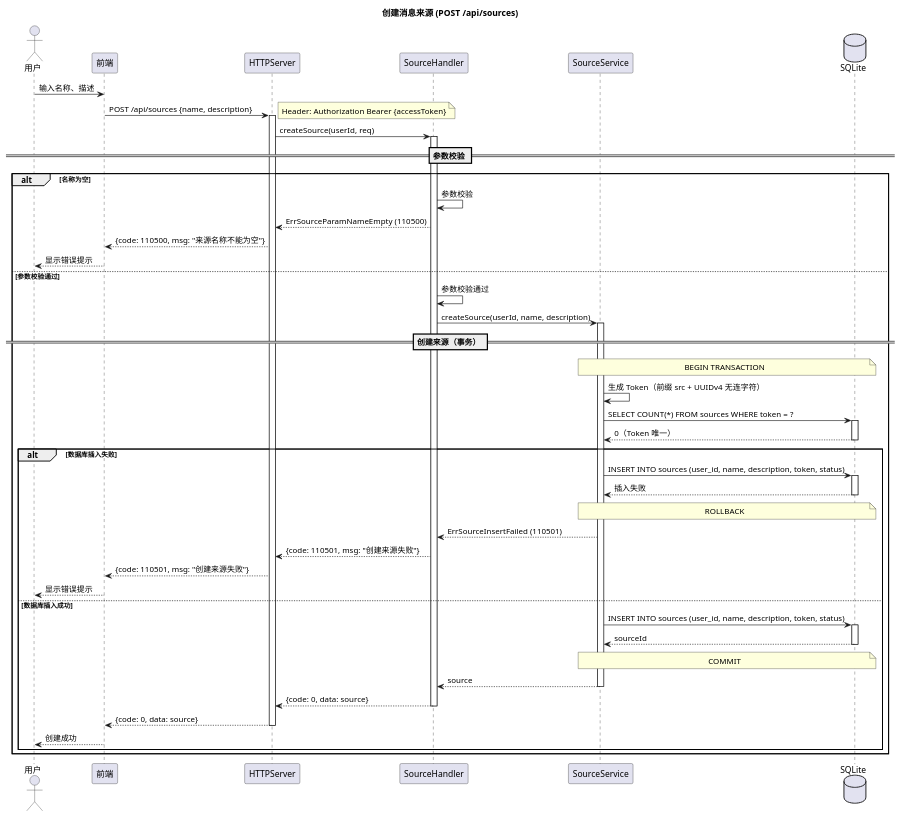
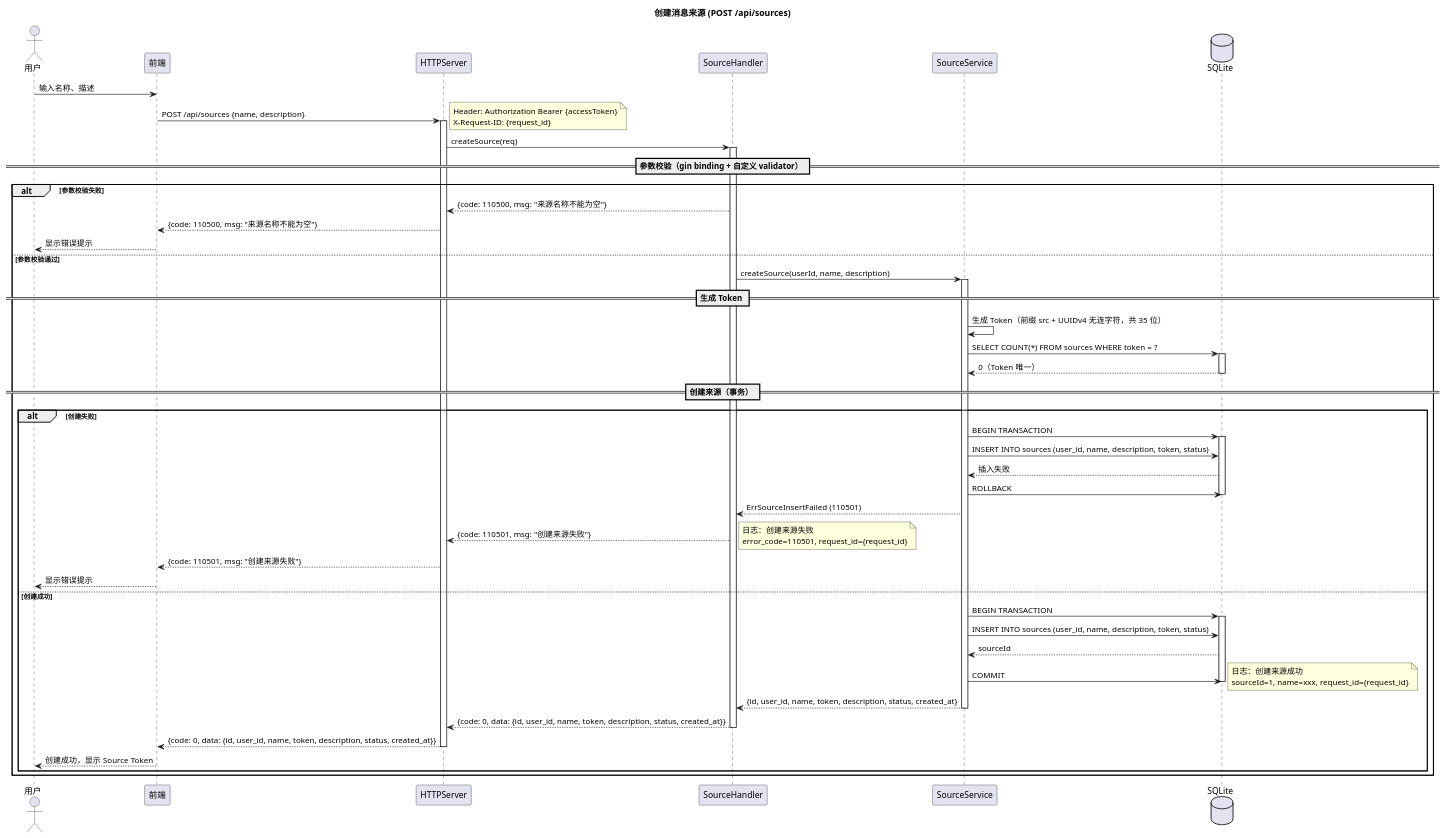
One commit to loommii/OctoTify changed the diagram in docs/uml/02-sequence/02-01-create-source.puml. Above: the diagram before and after it, drawn with PlantUML. The commit also changed 5 other files, not shown here.

First line of the commit message:
📝 docs(uml): 优化创建来源时序图并拆分状态图

```diff
--- a/docs/uml/02-sequence/02-01-create-source.puml
+++ b/docs/uml/02-sequence/02-01-create-source.puml
@@ -1,70 +1,72 @@
 @startuml OctoTify_Sequence_CreateSource
 
 skinparam sequenceStyle svg
 skinparam linetype ortho
 
 title 创建消息来源 (POST /api/sources)
 
 actor "用户" as User
 participant "前端" as Frontend
 participant "HTTPServer" as Server
 participant "SourceHandler" as Handler
 participant "SourceService" as Service
 database "SQLite" as DB
 
 User -> Frontend: 输入名称、描述
 Frontend -> Server: POST /api/sources {name, description}
-note right: Header: Authorization Bearer {accessToken}
+note right: Header: Authorization Bearer {accessToken}\nX-Request-ID: {request_id}
 activate Server
-Server -> Handler: createSource(userId, req)
+Server -> Handler: createSource(req)
 activate Handler
 
-== 参数校验 ==
+== 参数校验（gin binding + 自定义 validator） ==
 
-alt 名称为空
-    Handler -> Handler: 参数校验
-    Handler --> Server: ErrSourceParamNameEmpty (110500)
+alt 参数校验失败
+    Handler --> Server: {code: 110500, msg: "来源名称不能为空"}
     Server --> Frontend: {code: 110500, msg: "来源名称不能为空"}
     Frontend --> User: 显示错误提示
 else 参数校验通过
-    Handler -> Handler: 参数校验通过
     Handler -> Service: createSource(userId, name, description)
     activate Service
 
-    == 创建来源（事务） ==
+    == 生成 Token ==
 
-    note over Service, DB: BEGIN TRANSACTION
-
-    Service -> Service: 生成 Token（前缀 src + UUIDv4 无连字符）
+    Service -> Service: 生成 Token（前缀 src + UUIDv4 无连字符，共 35 位）
     Service -> DB: SELECT COUNT(*) FROM sources WHERE token = ?
     activate DB
     DB --> Service: 0（Token 唯一）
     deactivate DB
 
-    alt 数据库插入失败
+    == 创建来源（事务） ==
+
+    alt 创建失败
+        Service -> DB: BEGIN TRANSACTION
+        activate DB
         Service -> DB: INSERT INTO sources (user_id, name, description, token, status)
-        activate DB
         DB --> Service: 插入失败
+        Service -> DB: ROLLBACK
         deactivate DB
-        note over Service, DB: ROLLBACK
         Service --> Handler: ErrSourceInsertFailed (110501)
         Handler --> Server: {code: 110501, msg: "创建来源失败"}
+        note right: 日志：创建来源失败\nerror_code=110501, request_id={request_id}
         Server --> Frontend: {code: 110501, msg: "创建来源失败"}
         Frontend --> User: 显示错误提示
-    else 数据库插入成功
+    else 创建成功
+        Service -> DB: BEGIN TRANSACTION
+        activate DB
         Service -> DB: INSERT INTO sources (user_id, name, description, token, status)
-        activate DB
         DB --> Service: sourceId
+        Service -> DB: COMMIT
         deactivate DB
-        note over Service, DB: COMMIT
-        Service --> Handler: source
+        note right: 日志：创建来源成功\nsourceId=1, name=xxx, request_id={request_id}
+        Service --> Handler: {id, user_id, name, token, description, status, created_at}
         deactivate Service
-        Handler --> Server: {code: 0, data: source}
+        Handler --> Server: {code: 0, data: {id, user_id, name, token, description, status, created_at}}
         deactivate Handler
-        Server --> Frontend: {code: 0, data: source}
+        Server --> Frontend: {code: 0, data: {id, user_id, name, token, description, status, created_at}}
         deactivate Server
-        Frontend --> User: 创建成功
+        Frontend --> User: 创建成功，显示 Source Token
     end
 end
 
 @enduml
```
